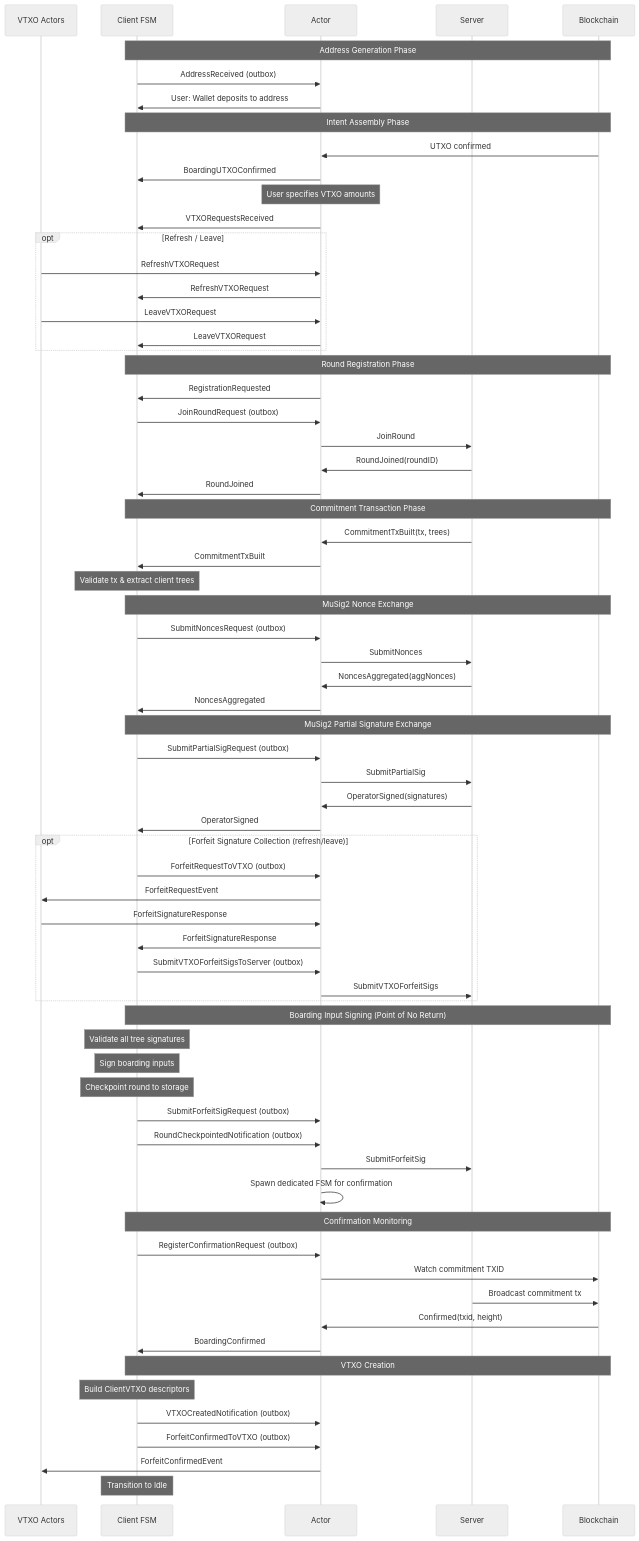
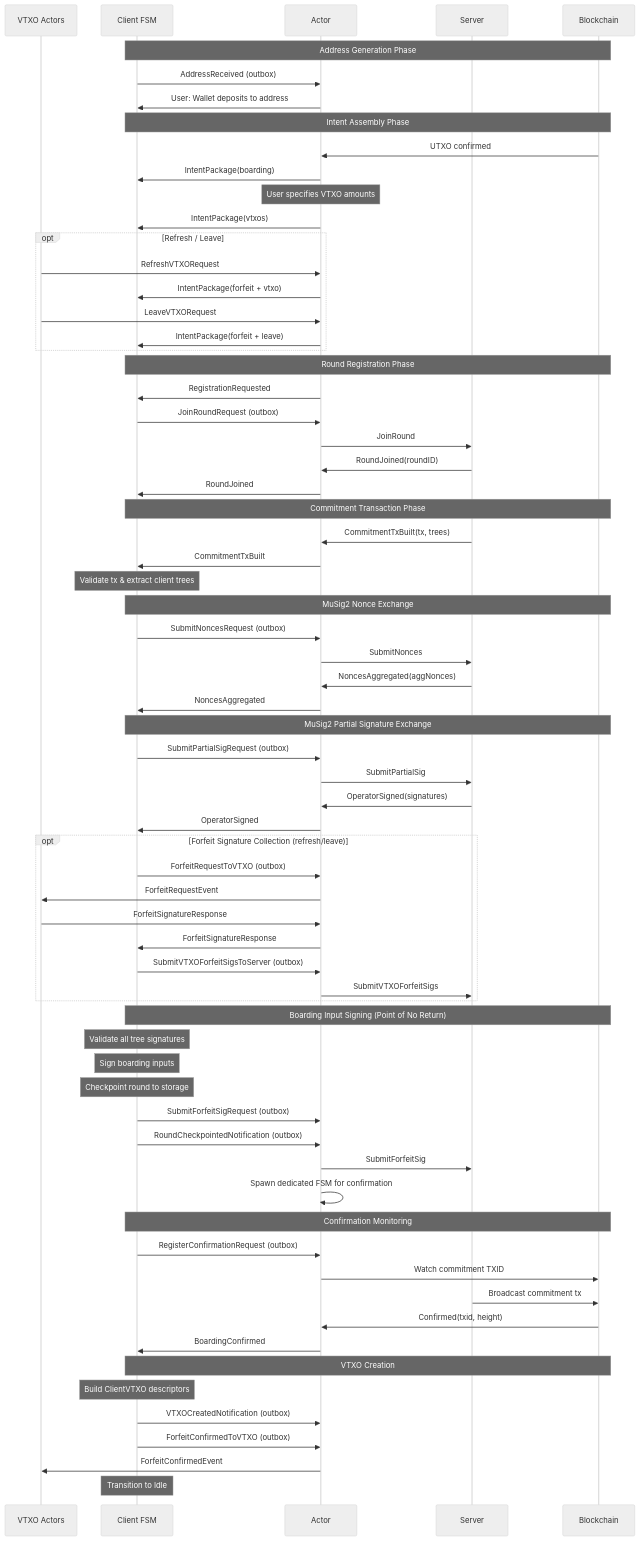
Before and after one commit to lightninglabs/wavelength: the first of 2 diagrams in round/README.md, drawn with Mermaid (neutral theme). The commit also changed other lines of this file and 1 other file, not shown here.

First line of the commit message:
round: update README and comments for IntentPackage refactor

````diff
--- a/round/README.md
+++ b/round/README.md
@@ -268,80 +273,80 @@
 ```mermaid
 sequenceDiagram
     participant V as VTXO Actors
     participant C as Client FSM
     participant A as Actor
     participant S as Server
     participant B as Blockchain
 
     Note over C,B: Address Generation Phase
     C->>A: AddressReceived (outbox)
     A->>C: User: Wallet deposits to address
 
     Note over C,B: Intent Assembly Phase
     B->>A: UTXO confirmed
-    A->>C: BoardingUTXOConfirmed
+    A->>C: IntentPackage(boarding)
     Note over A: User specifies VTXO amounts
-    A->>C: VTXORequestsReceived
+    A->>C: IntentPackage(vtxos)
     opt Refresh / Leave
         V->>A: RefreshVTXORequest
-        A->>C: RefreshVTXORequest
+        A->>C: IntentPackage(forfeit + vtxo)
         V->>A: LeaveVTXORequest
-        A->>C: LeaveVTXORequest
+        A->>C: IntentPackage(forfeit + leave)
     end
 
     Note over C,B: Round Registration Phase
     A->>C: RegistrationRequested
     C->>A: JoinRoundRequest (outbox)
     A->>S: JoinRound
     S->>A: RoundJoined(roundID)
     A->>C: RoundJoined
 
     Note over C,B: Commitment Transaction Phase
     S->>A: CommitmentTxBuilt(tx, trees)
     A->>C: CommitmentTxBuilt
     Note over C: Validate tx & extract client trees
 
     Note over C,B: MuSig2 Nonce Exchange
     C->>A: SubmitNoncesRequest (outbox)
     A->>S: SubmitNonces
     S->>A: NoncesAggregated(aggNonces)
     A->>C: NoncesAggregated
 
     Note over C,B: MuSig2 Partial Signature Exchange
     C->>A: SubmitPartialSigRequest (outbox)
     A->>S: SubmitPartialSig
     S->>A: OperatorSigned(signatures)
     A->>C: OperatorSigned
 
     opt Forfeit Signature Collection (refresh/leave)
         C->>A: ForfeitRequestToVTXO (outbox)
         A->>V: ForfeitRequestEvent
         V->>A: ForfeitSignatureResponse
         A->>C: ForfeitSignatureResponse
         C->>A: SubmitVTXOForfeitSigsToServer (outbox)
         A->>S: SubmitVTXOForfeitSigs
     end
 
     Note over C,B: Boarding Input Signing (Point of No Return)
     Note over C: Validate all tree signatures
     Note over C: Sign boarding inputs
     Note over C: Checkpoint round to storage
     C->>A: SubmitForfeitSigRequest (outbox)
     C->>A: RoundCheckpointedNotification (outbox)
     A->>S: SubmitForfeitSig
     A->>A: Spawn dedicated FSM for confirmation
 
     Note over C,B: Confirmation Monitoring
     C->>A: RegisterConfirmationRequest (outbox)
     A->>B: Watch commitment TXID
     S->>B: Broadcast commitment tx
     B->>A: Confirmed(txid, height)
     A->>C: BoardingConfirmed
 
     Note over C,B: VTXO Creation
     Note over C: Build ClientVTXO descriptors
     C->>A: VTXOCreatedNotification (outbox)
     C->>A: ForfeitConfirmedToVTXO (outbox)
     A->>V: ForfeitConfirmedEvent
     Note over C: Transition to Idle
 ```
````
